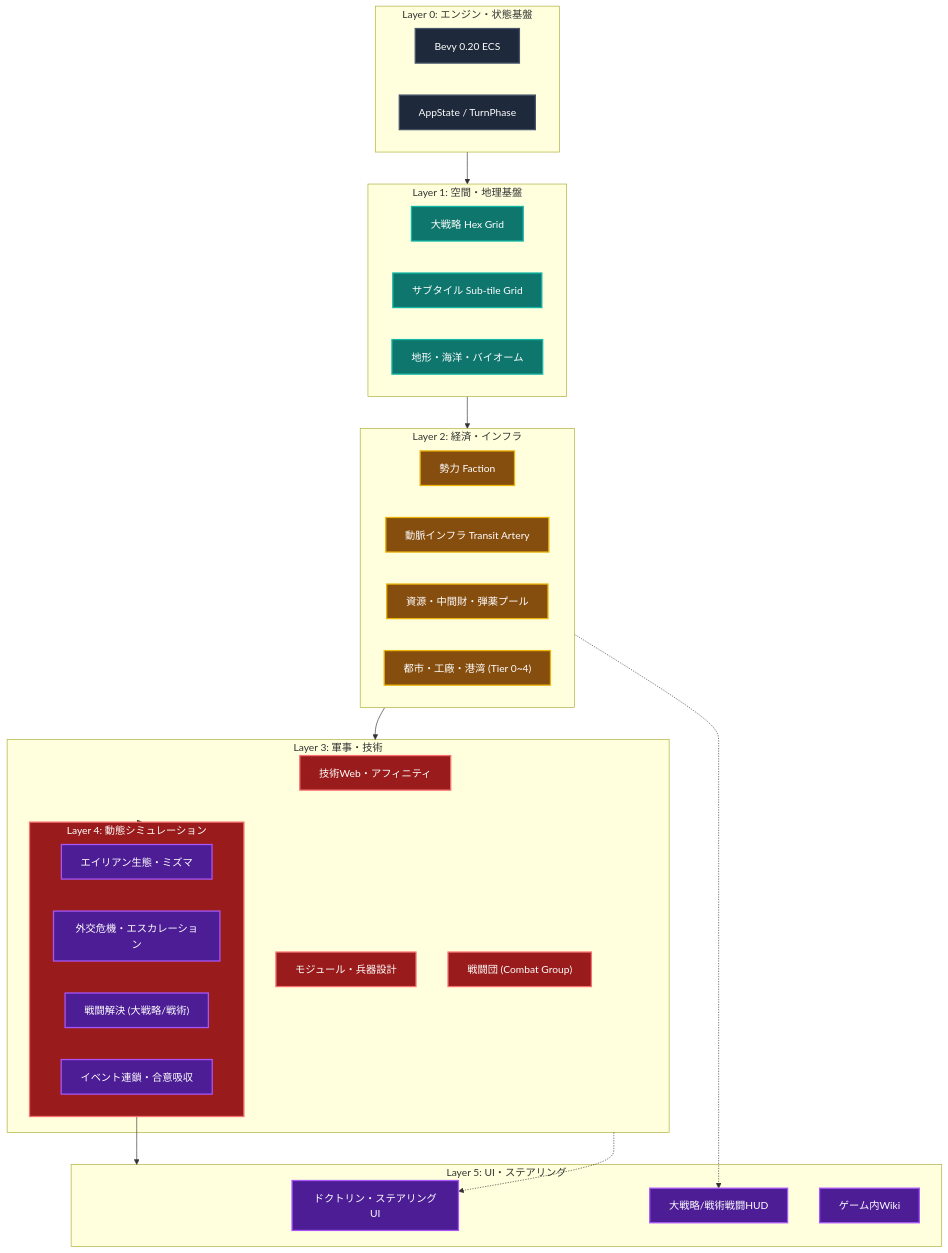
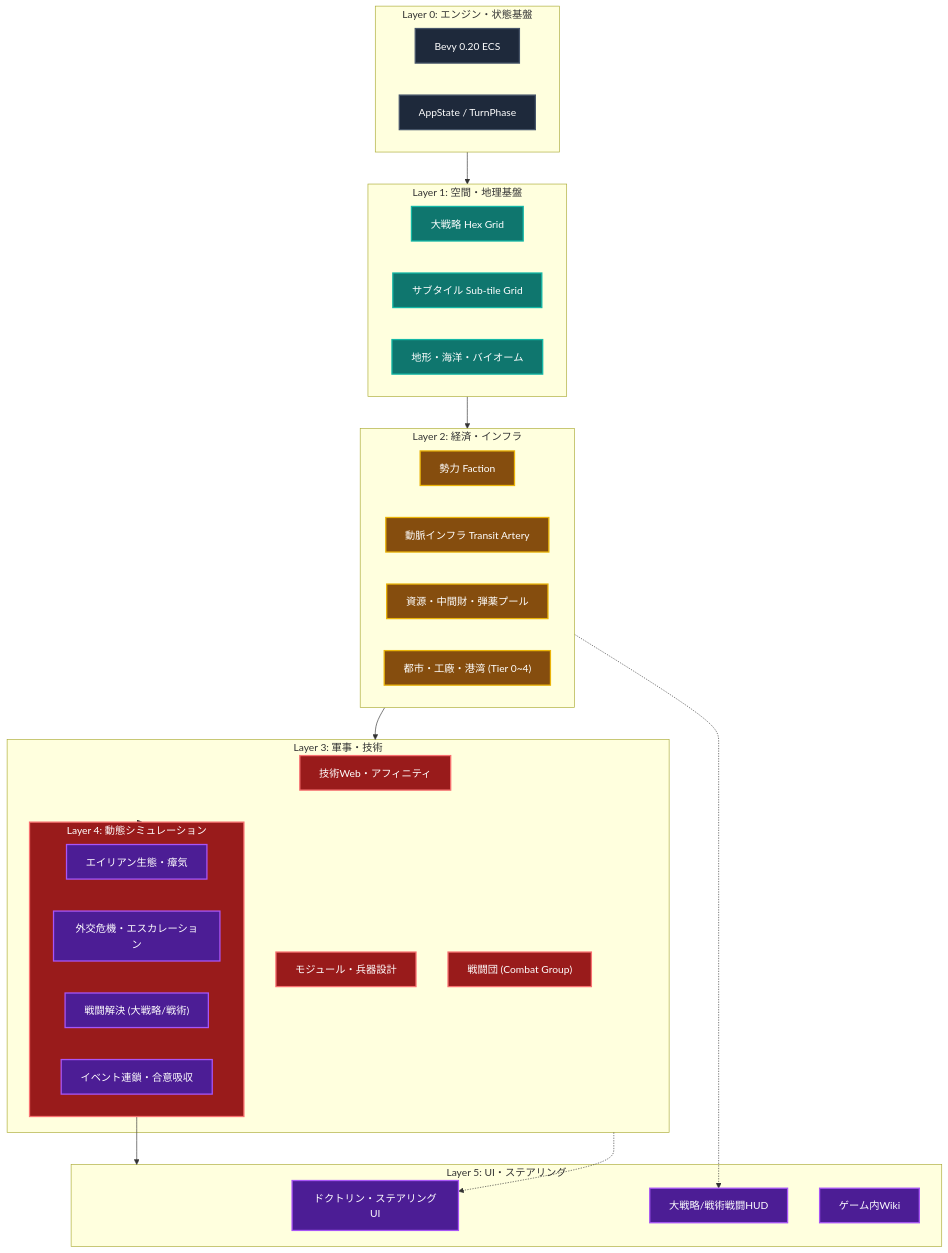
One commit to nanaisisi/nanai-alien-com-game changed the diagram in docs/tech/SYSTEM_ARCHITECTURE_AND_DEPENDENCIES.md. Above: the diagram before and after it, drawn with Mermaid. The commit also changed other lines of this file and 16 other files, not shown here.

Commit message:
docs: add comprehensive project documentation, design concepts, and planning roadmaps

````diff
--- a/docs/tech/SYSTEM_ARCHITECTURE_AND_DEPENDENCIES.md
+++ b/docs/tech/SYSTEM_ARCHITECTURE_AND_DEPENDENCIES.md
@@ -54,54 +54,54 @@
 ```mermaid
 graph TD
     classDef base fill:#1e293b,stroke:#475569,stroke-width:2px,color:#fff;
     classDef core fill:#0f766e,stroke:#14b8a6,stroke-width:2px,color:#fff;
     classDef econ fill:#854d0e,stroke:#eab308,stroke-width:2px,color:#fff;
     classDef mil fill:#991b1b,stroke:#f87171,stroke-width:2px,color:#fff;
     classDef app fill:#4c1d95,stroke:#a855f7,stroke-width:2px,color:#fff;
 
     subgraph L0["Layer 0: エンジン・状態基盤"]
         E0["Bevy 0.20 ECS"]:::base
         E1["AppState / TurnPhase"]:::base
     end
 
     subgraph L1["Layer 1: 空間・地理基盤"]
         M1["大戦略 Hex Grid"]:::core
         M2["サブタイル Sub-tile Grid"]:::core
         M3["地形・海洋・バイオーム"]:::core
     end
 
     subgraph L2["Layer 2: 経済・インフラ"]
         F1["勢力 Faction"]:::econ
         I1["動脈インフラ Transit Artery"]:::econ
         R1["資源・中間財・弾薬プール"]:::econ
         B1["都市・工廠・港湾 (Tier 0~4)"]:::econ
     end
 
     subgraph L3["Layer 3: 軍事・技術"]
         T1["技術Web・アフィニティ"]:::mil
         W1["モジュール・兵器設計"]:::mil
         U1["戦闘団 (Combat Group)"]:::mil
         L4["非ユニット輸送 (SLC/牽引)"]:::mil
     end
 
     subgraph L4["Layer 4: 動態シミュレーション"]
-        A1["エイリアン生態・ミズマ"]:::app
+        A1["エイリアン生態・瘴気"]:::app
         D1["外交危機・エスカレーション"]:::app
         S1["戦闘解決 (大戦略/戦術)"]:::app
         EV["イベント連鎖・合意吸収"]:::app
     end
 
     subgraph L5["Layer 5: UI・ステアリング"]
         UI1["ドクトリン・ステアリングUI"]:::app
         UI2["大戦略/戦術戦闘HUD"]:::app
         UI3["ゲーム内Wiki"]:::app
     end
 
     L0 --> L1
     L1 --> L2
     L2 --> L3
     L3 --> L4
     L4 --> L5
     L3 -.-> UI1
     L2 -.-> UI2
 ```
````
